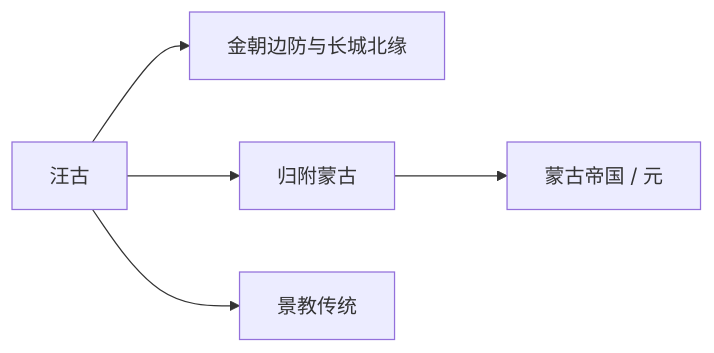
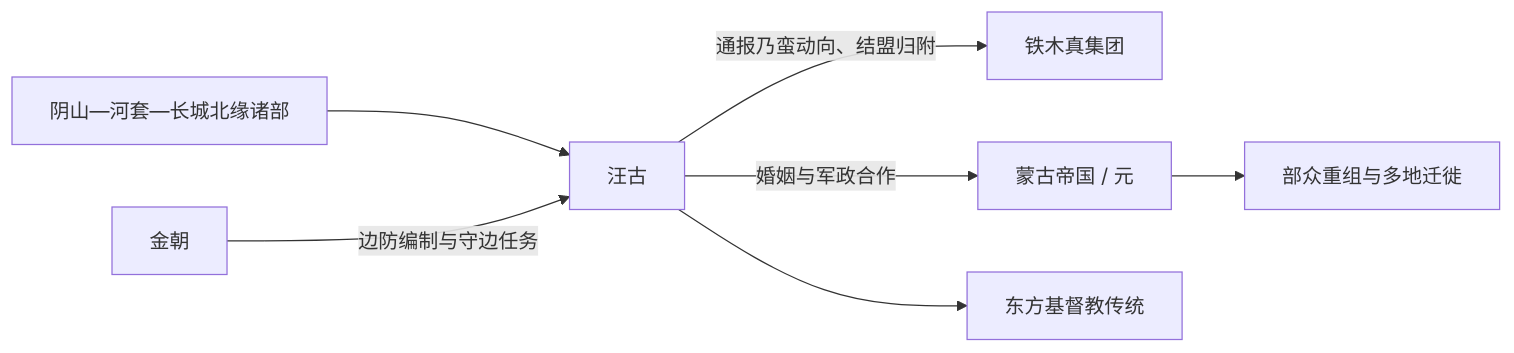
One commit to tianlan-dev/learning-notes changed the diagram in 人文科学/历史/东亚/中国/_民族/蒙古语族与东胡/蒙古帝国前诸部/汪古.md. Above: the diagram before and after it, drawn with Mermaid. The commit also changed other lines of this file and 180 other files, not shown here.

````diff
--- a/人文科学/历史/东亚/中国/_民族/蒙古语族与东胡/蒙古帝国前诸部/汪古.md
+++ b/人文科学/历史/东亚/中国/_民族/蒙古语族与东胡/蒙古帝国前诸部/汪古.md
@@ -28,7 +17,9 @@
 ```mermaid
 flowchart LR
-  Ongud["汪古"] --> JinBorder["金朝边防与长城北缘"]
-  Ongud --> MongolAlliance["归附蒙古"]
-  MongolAlliance --> Yuan["蒙古帝国 / 元"]
-  Ongud --> Christian["景教传统"]
+  Frontier["阴山—河套—长城北缘诸部"] --> Ongud["汪古"]
+  Jin["金朝"] -->|"边防编制与守边任务"| Ongud
+  Ongud -->|"通报乃蛮动向、结盟归附"| Temujin["铁木真集团"]
+  Ongud -->|"婚姻与军政合作"| Empire["蒙古帝国 / 元"]
+  Ongud --> Church["东方基督教传统"]
+  Empire --> Integration["部众重组与多地迁徙"]
 ```
````
